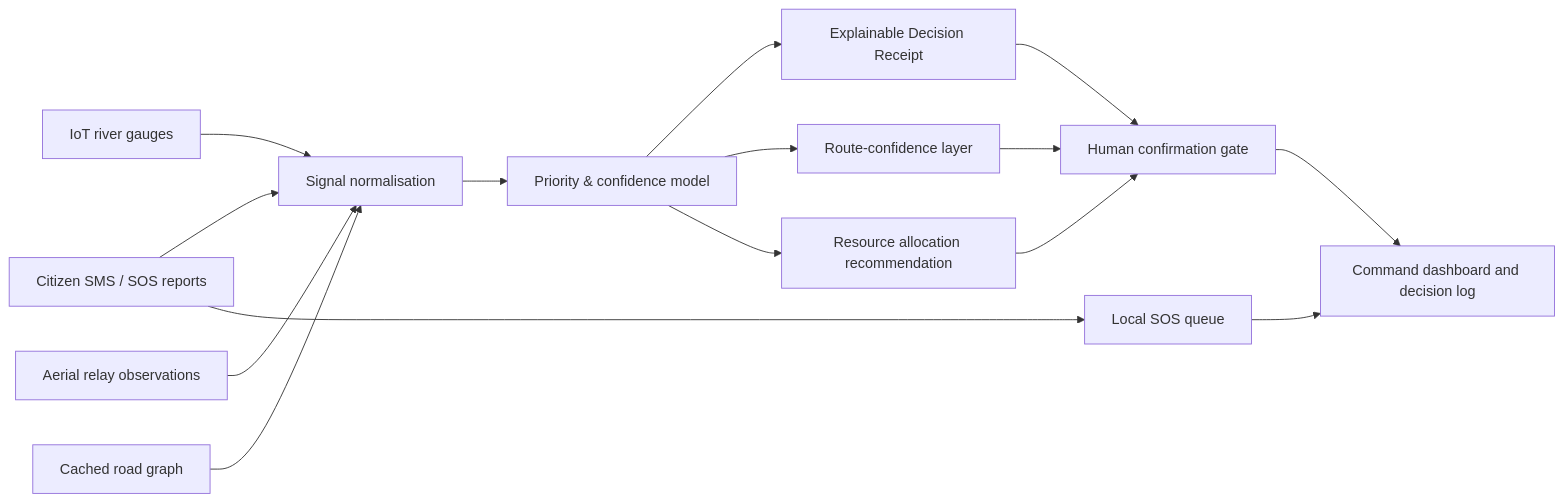
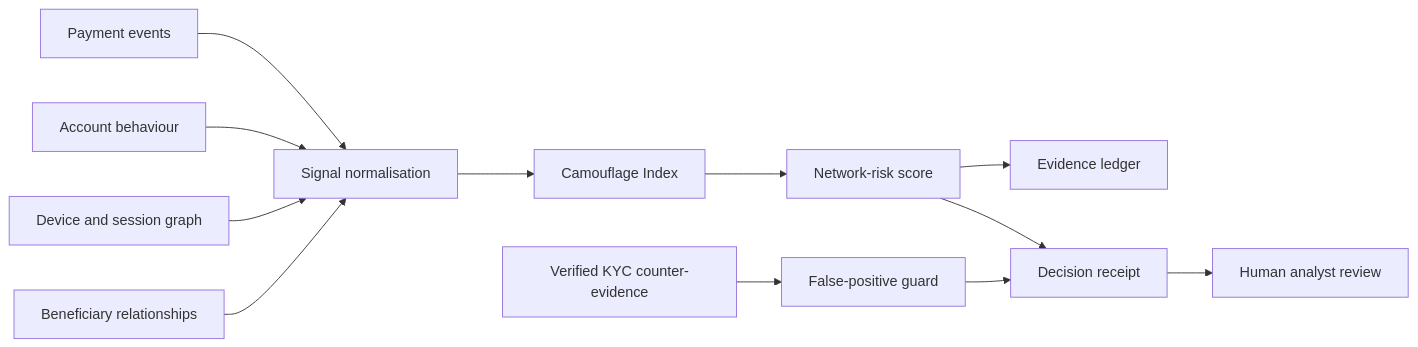
One commit to sagar-grv/aegis changed the diagram in README.md. Above: the diagram before and after it, drawn with Mermaid. The commit also changed other lines of this file and 9 other files, not shown here.

````diff
--- a/README.md
+++ b/README.md
@@ -57,17 +57,14 @@
 ```mermaid
 flowchart LR
-    A[Citizen SMS / SOS reports] --> E[Signal normalisation]
-    B[IoT river gauges] --> E
-    C[Aerial relay observations] --> E
-    D[Cached road graph] --> E
-    E --> F[Priority & confidence model]
-    F --> G[Explainable Decision Receipt]
-    F --> H[Route-confidence layer]
-    F --> I[Resource allocation recommendation]
-    G --> J[Human confirmation gate]
-    H --> J
-    I --> J
-    J --> K[Command dashboard and decision log]
-    A --> L[Local SOS queue]
-    L --> K
+  A[Payment events] --> E[Signal normalisation]
+  B[Account behaviour] --> E
+  C[Device and session graph] --> E
+  D[Beneficiary relationships] --> E
+  E --> F[Camouflage Index]
+  F --> G[Network-risk score]
+  G --> H[Evidence ledger]
+  G --> I[Decision receipt]
+  J[Verified KYC counter-evidence] --> K[False-positive guard]
+  K --> I
+  I --> L[Human analyst review]
 ```
````
